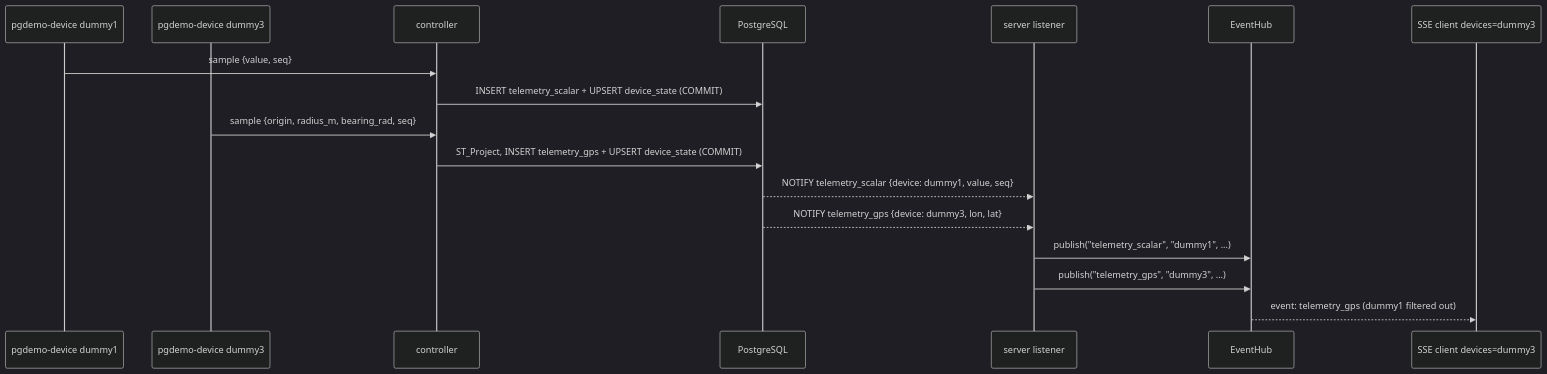
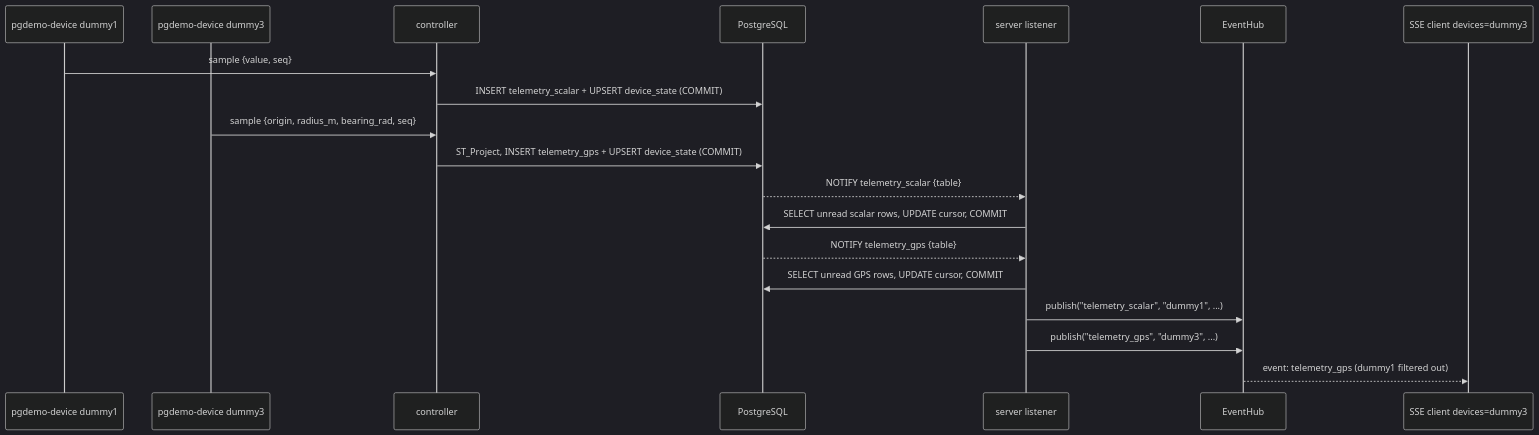
One commit to jgmatu/postgresql changed the second of 5 diagrams in docs/ARCHITECTURE.md. Above: the diagram before and after it, drawn with Mermaid (dark theme). The commit also changed other lines of this file and 11 other files, not shown here.

First line of the commit message:
Notify once per telemetry insert and keep the server's read cursor in the database.

````diff
--- a/docs/ARCHITECTURE.md
+++ b/docs/ARCHITECTURE.md
@@ -96,19 +97,21 @@
 ```mermaid
 sequenceDiagram
     participant P1 as pgdemo-device dummy1
     participant P3 as pgdemo-device dummy3
     participant C as controller
     participant PG as PostgreSQL
     participant L as server listener
     participant H as EventHub
     participant B as SSE client devices=dummy3
     P1->>C: sample {value, seq}
     C->>PG: INSERT telemetry_scalar + UPSERT device_state (COMMIT)
     P3->>C: sample {origin, radius_m, bearing_rad, seq}
     C->>PG: ST_Project, INSERT telemetry_gps + UPSERT device_state (COMMIT)
-    PG-->>L: NOTIFY telemetry_scalar {device: dummy1, value, seq}
-    PG-->>L: NOTIFY telemetry_gps {device: dummy3, lon, lat}
+    PG-->>L: NOTIFY telemetry_scalar {table}
+    L->>PG: SELECT unread scalar rows, UPDATE cursor, COMMIT
+    PG-->>L: NOTIFY telemetry_gps {table}
+    L->>PG: SELECT unread GPS rows, UPDATE cursor, COMMIT
     L->>H: publish("telemetry_scalar", "dummy1", ...)
     L->>H: publish("telemetry_gps", "dummy3", ...)
     H-->>B: event: telemetry_gps (dummy1 filtered out)
 ```
````
